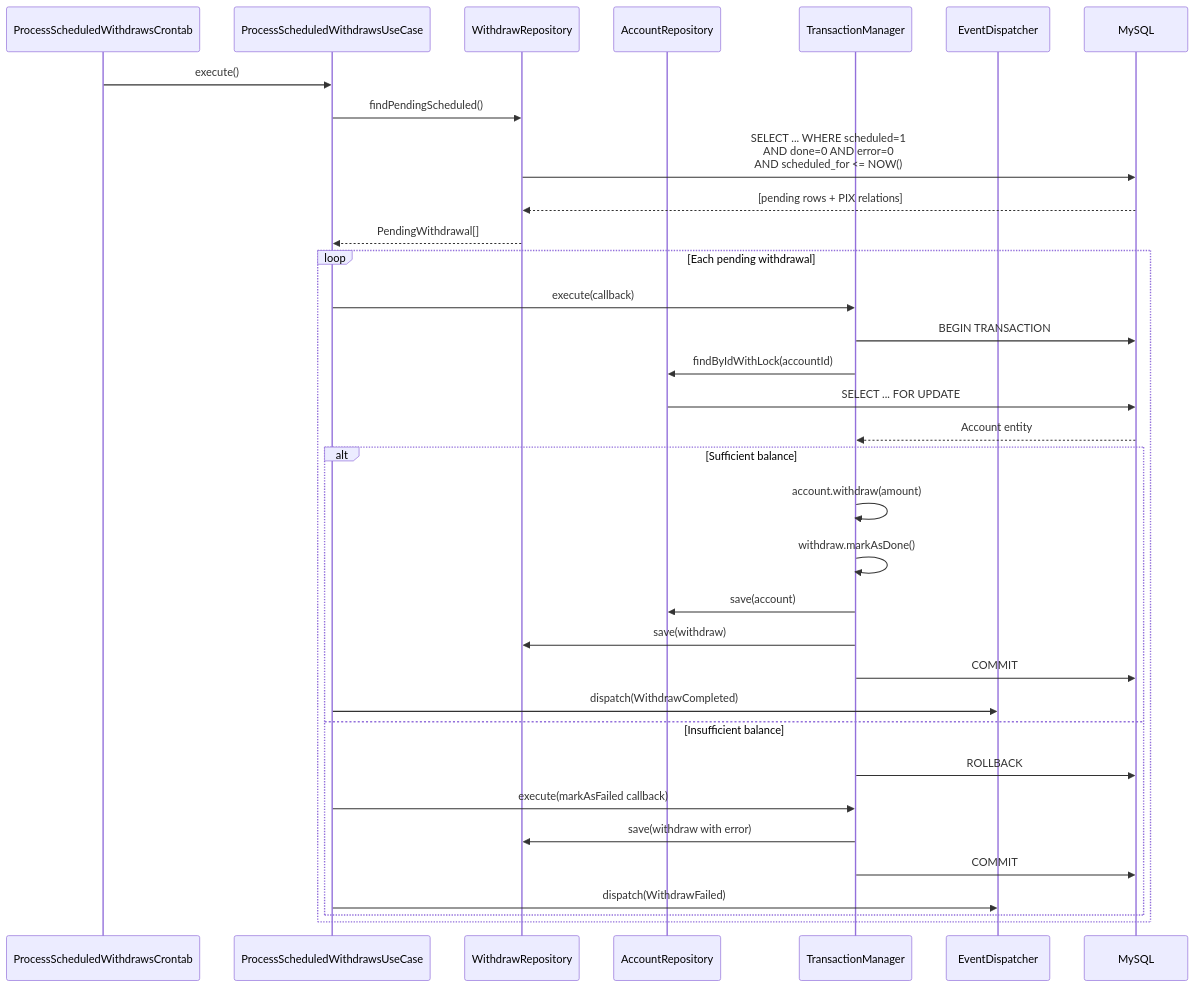
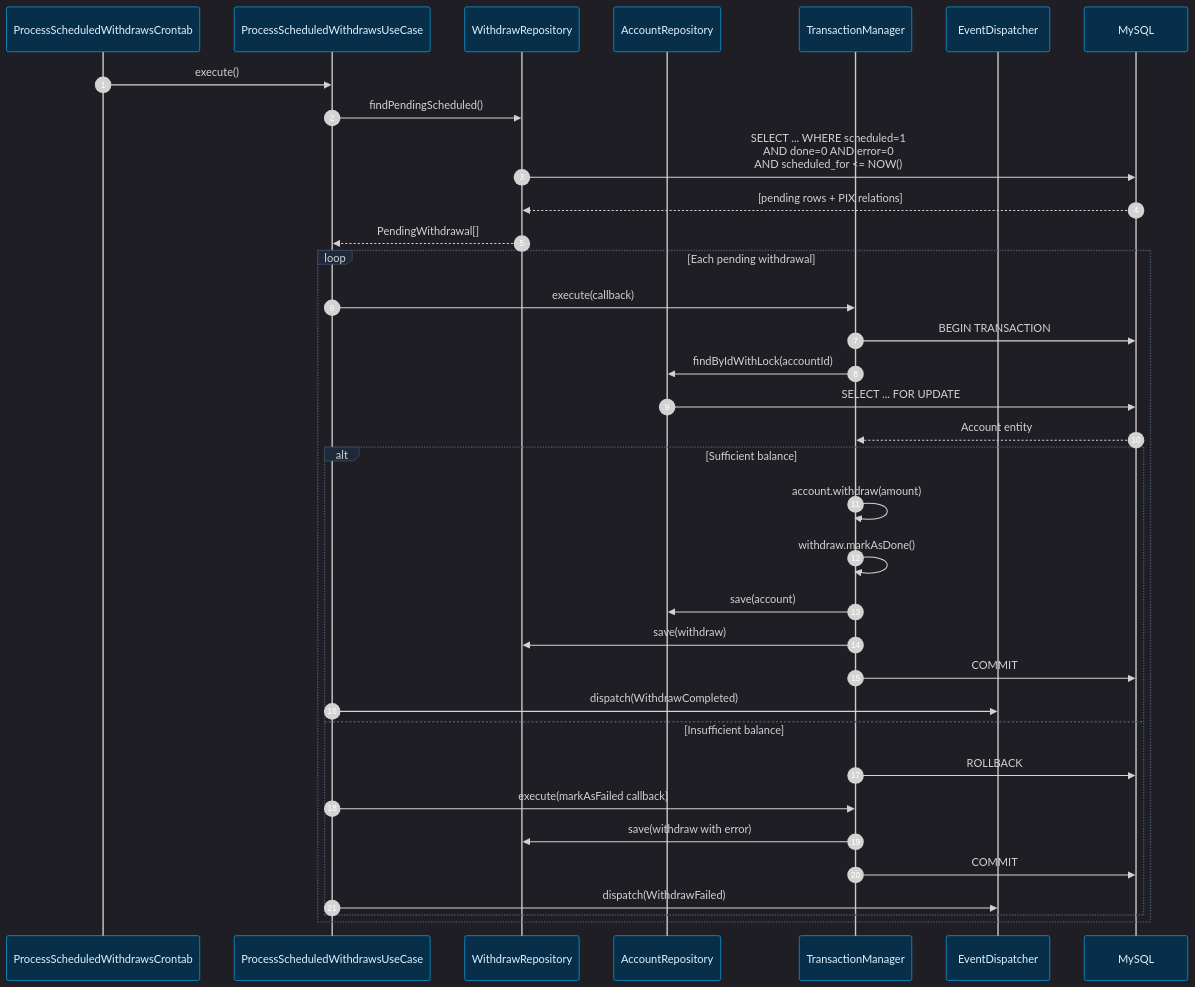
Before and after one commit to jonatamsr/jsr-pix-withdrawal: the seventh of 10 diagrams in README.md, drawn with Mermaid. The commit also changed other lines of this file, not shown here.

Commit message:
Refactor Mermaid diagrams in README.md

````diff
--- a/README.md
+++ b/README.md
@@ -665,41 +687,43 @@
 ```mermaid
+%%{init: {'theme': 'dark', 'themeVariables': { 'fontFamily': 'ui-sans-serif, system-ui', 'primaryColor': '#1e1b4b', 'primaryTextColor': '#e0e7ff', 'primaryBorderColor': '#6366f1', 'lineColor': '#94a3b8', 'sequenceNumberColor': '#ffffff', 'actorBkg': '#082f49', 'actorBorder': '#0ea5e9', 'actorTextColor': '#e0f2fe', 'labelBoxBkgColor': '#1e293b', 'labelBoxBorderColor': '#475569'}}}%%
 sequenceDiagram
+    autonumber
     participant Cron as ProcessScheduledWithdrawsCrontab
     participant UC as ProcessScheduledWithdrawsUseCase
     participant WdRepo as WithdrawRepository
     participant AccRepo as AccountRepository
     participant TX as TransactionManager
     participant EvtDisp as EventDispatcher
     participant MySQL
 
     Cron->>UC: execute()
 
     UC->>WdRepo: findPendingScheduled()
     WdRepo->>MySQL: SELECT ... WHERE scheduled=1<br/>AND done=0 AND error=0<br/>AND scheduled_for <= NOW()
     MySQL-->>WdRepo: [pending rows + PIX relations]
     WdRepo-->>UC: PendingWithdrawal[]
 
     loop Each pending withdrawal
         UC->>TX: execute(callback)
         TX->>MySQL: BEGIN TRANSACTION
 
         TX->>AccRepo: findByIdWithLock(accountId)
         AccRepo->>MySQL: SELECT ... FOR UPDATE
         MySQL-->>TX: Account entity
 
         alt Sufficient balance
             TX->>TX: account.withdraw(amount)
             TX->>TX: withdraw.markAsDone()
             TX->>AccRepo: save(account)
             TX->>WdRepo: save(withdraw)
             TX->>MySQL: COMMIT
             UC->>EvtDisp: dispatch(WithdrawCompleted)
         else Insufficient balance
             TX->>MySQL: ROLLBACK
             UC->>TX: execute(markAsFailed callback)
             TX->>WdRepo: save(withdraw with error)
             TX->>MySQL: COMMIT
             UC->>EvtDisp: dispatch(WithdrawFailed)
         end
     end
 ```
````
